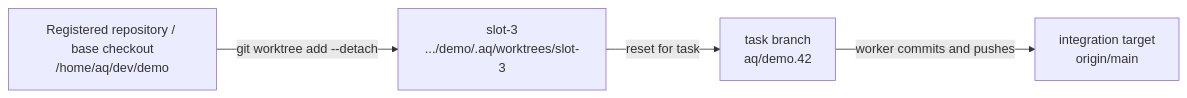
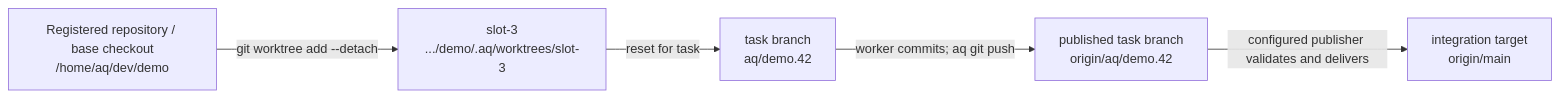
The diagram in docs/concepts/projects-and-workspaces.md (ElectricJack/agent-queue), drawn with Mermaid before and after one commit. The commit also changed other lines of this file and 8 other files, not shown here.

````diff
--- a/docs/concepts/projects-and-workspaces.md
+++ b/docs/concepts/projects-and-workspaces.md
@@ -67,10 +68,12 @@
 ```mermaid
 flowchart LR
   R["Registered repository / base checkout\n/home/aq/dev/demo"]
   S["slot-3\n.../demo/.aq/worktrees/slot-3"]
   B["task branch\naq/demo.42"]
+  P["published task branch\norigin/aq/demo.42"]
   T["integration target\norigin/main"]
   R -->|"git worktree add --detach"| S
   S -->|"reset for task"| B
-  B -->|"worker commits and pushes"| T
+  B -->|"worker commits; aq git push"| P
+  P -->|"configured publisher validates and delivers"| T
 ```
````
